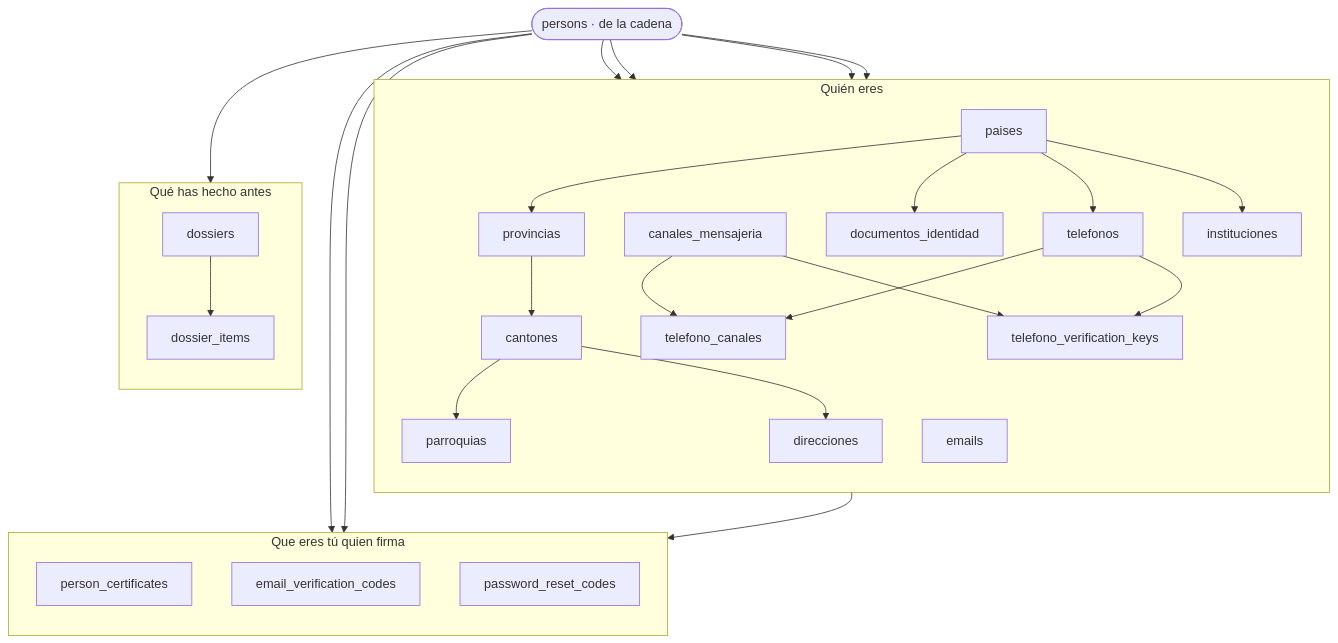
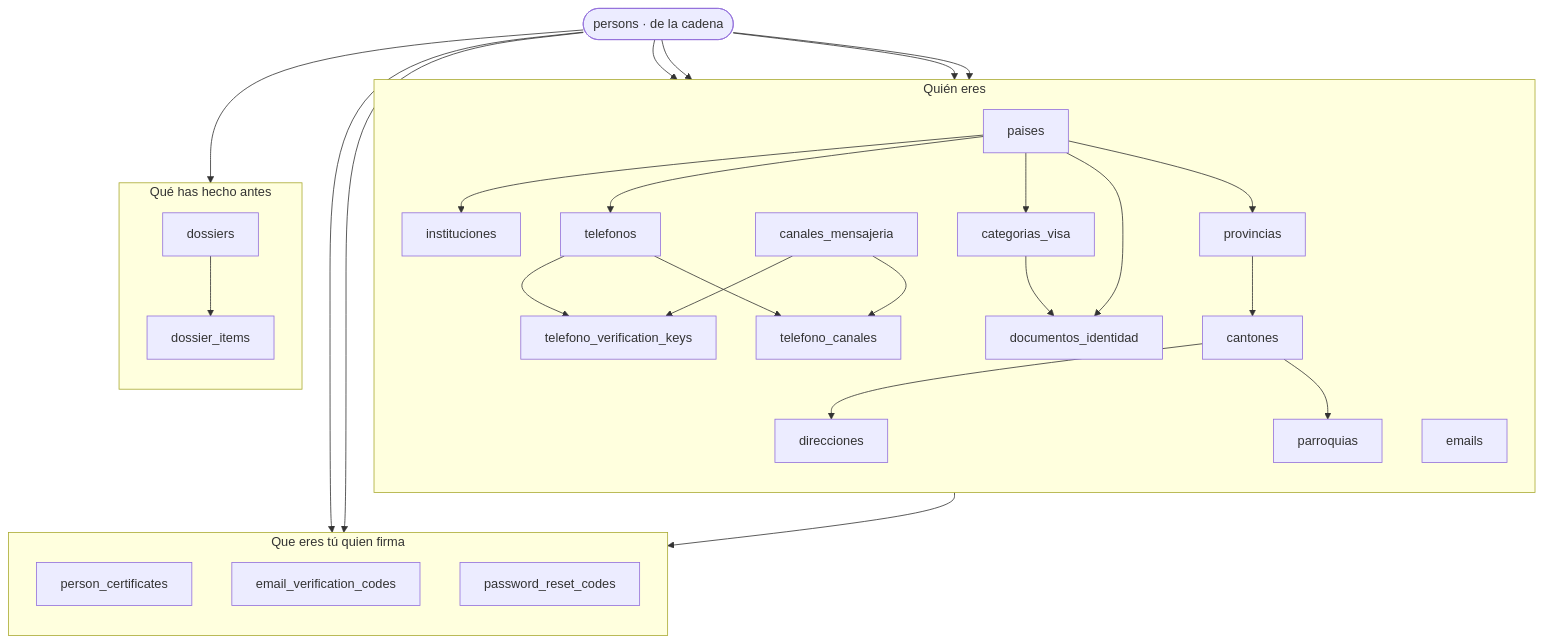
Before and after one commit to fresvel/deasy: the first of 3 diagrams in docs/src/content/docs/complemento/mapa-completo.md, drawn with Mermaid. The commit also changed other lines of this file and 22 other files, not shown here.

````diff
--- a/docs/src/content/docs/complemento/mapa-completo.md
+++ b/docs/src/content/docs/complemento/mapa-completo.md
@@ -28,38 +28,40 @@
 ```mermaid
 flowchart TB
   P(["persons · de la cadena"])
   subgraph QUIEN["Quién eres"]
     direction TB
     PA["paises"] --> PV["provincias"]
     PV --> CA["cantones"]
     CA --> PQ["parroquias"]
     DI["documentos_identidad"]
+    CV["categorias_visa"] --> DI
     CA --> DIR["direcciones"]
     CM["canales_mensajeria"] --> TC["telefono_canales"]
     TE["telefonos"] --> TC
     TE --> TVK["telefono_verification_keys"]
     CM --> TVK
     EM["emails"]
     PA --> DI
+    PA --> CV
     PA --> TE
     PA --> IN["instituciones"]
   end
   subgraph CRED["Que eres tú quien firma"]
     direction TB
     PC["person_certificates"]
     EVC["email_verification_codes"]
     PRC["password_reset_codes"]
   end
   subgraph EXP["Qué has hecho antes"]
     direction TB
     DO["dossiers"] --> DIT["dossier_items"]
   end
   P --> DI
   P --> EM
   P --> TE
   P --> DIR
   P --> PC
   P --> PRC
   P --> DO
   EM --> EVC
 ```
````
